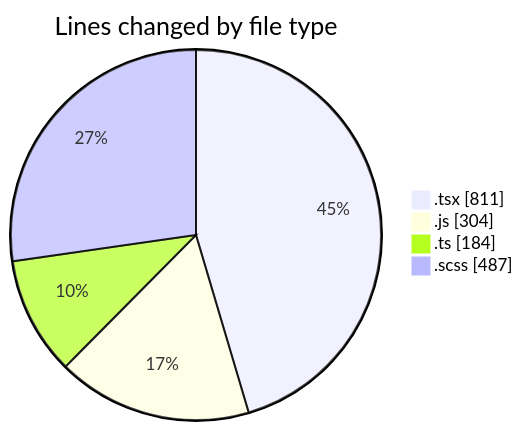
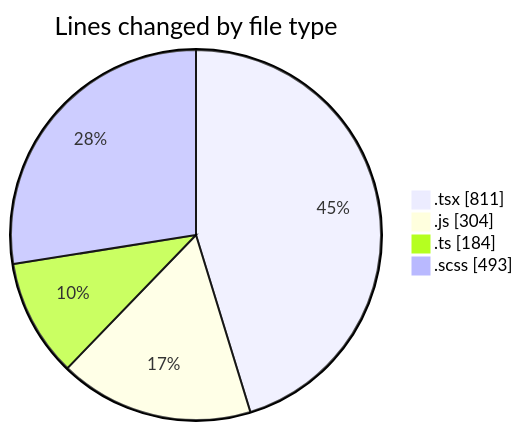
The first of 2 diagrams in 2025-02-26/cda/README.md (momahboobian/code-tracking), drawn with Mermaid before and after one commit. The commit also changed other lines of this file and 1 other file, not shown here.

````diff
--- a/2025-02-26/cda/README.md
+++ b/2025-02-26/cda/README.md
@@ -37,8 +37,8 @@
 ```mermaid
 pie showData
 title Lines changed by file type
 ".tsx" : 811
 ".js" : 304
 ".ts" : 184
-".scss" : 487
+".scss" : 493
 ```
````
